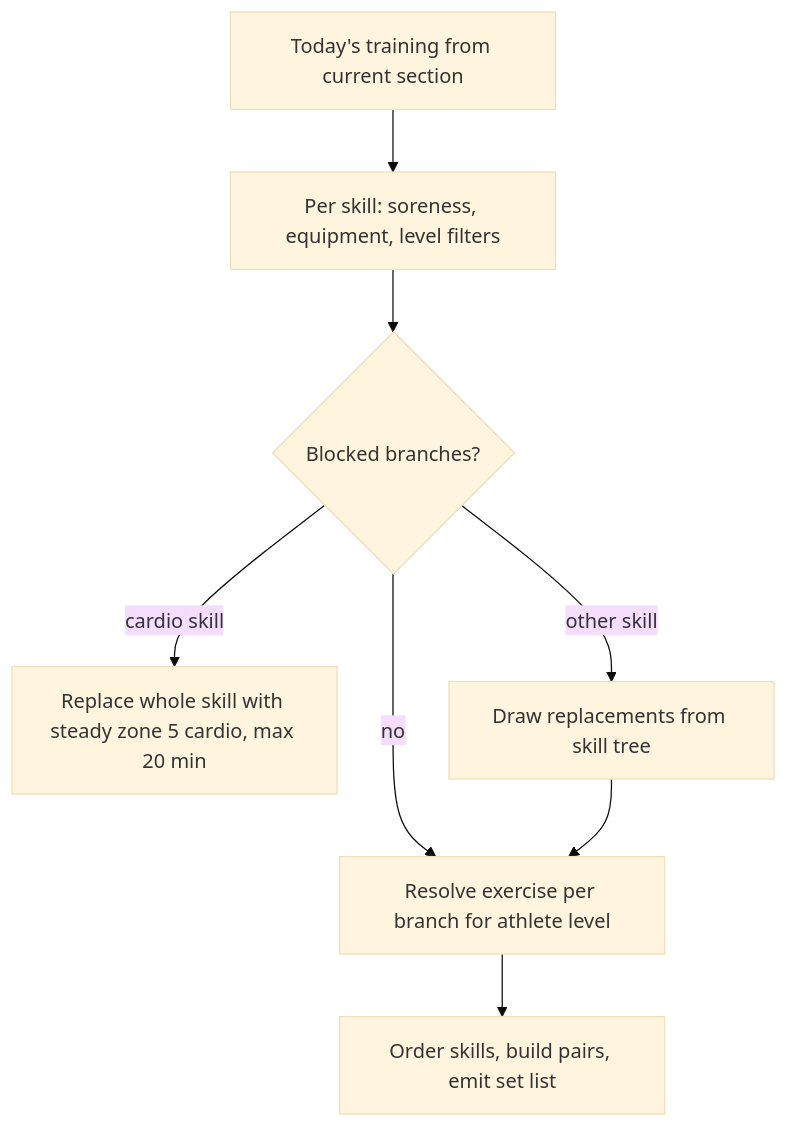
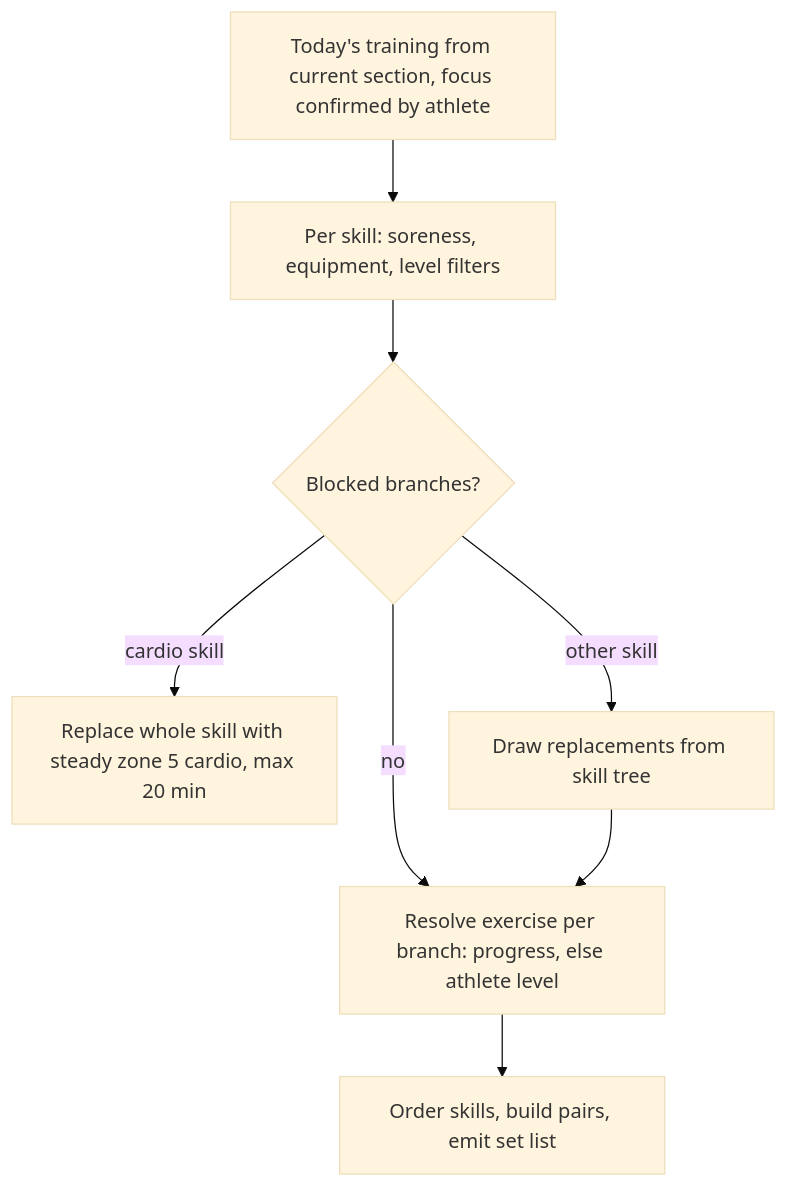
The diagram in athlete-mobile/docs/specs/exercise-selection-workout-start.md (digital-athletic/sports-athletic), drawn with Mermaid (base theme) before and after one commit. The commit also changed other lines of this file, not shown here.

Commit message:
add missing parts to exercise selection

````diff
--- a/athlete-mobile/docs/specs/exercise-selection-workout-start.md
+++ b/athlete-mobile/docs/specs/exercise-selection-workout-start.md
@@ -43,10 +54,10 @@
 ```mermaid
 flowchart TD
-    A[Today's training from current section] --> B[Per skill: soreness, equipment, level filters]
+    A[Today's training from current section, focus confirmed by athlete] --> B[Per skill: soreness, equipment, level filters]
     B --> C{Blocked branches?}
-    C -- no --> F[Resolve exercise per branch for athlete level]
+    C -- no --> F[Resolve exercise per branch: progress, else athlete level]
     C -- cardio skill --> D[Replace whole skill with steady zone 5 cardio, max 20 min]
     C -- other skill --> E[Draw replacements from skill tree]
     E --> F
     F --> G[Order skills, build pairs, emit set list]
 ```
````
